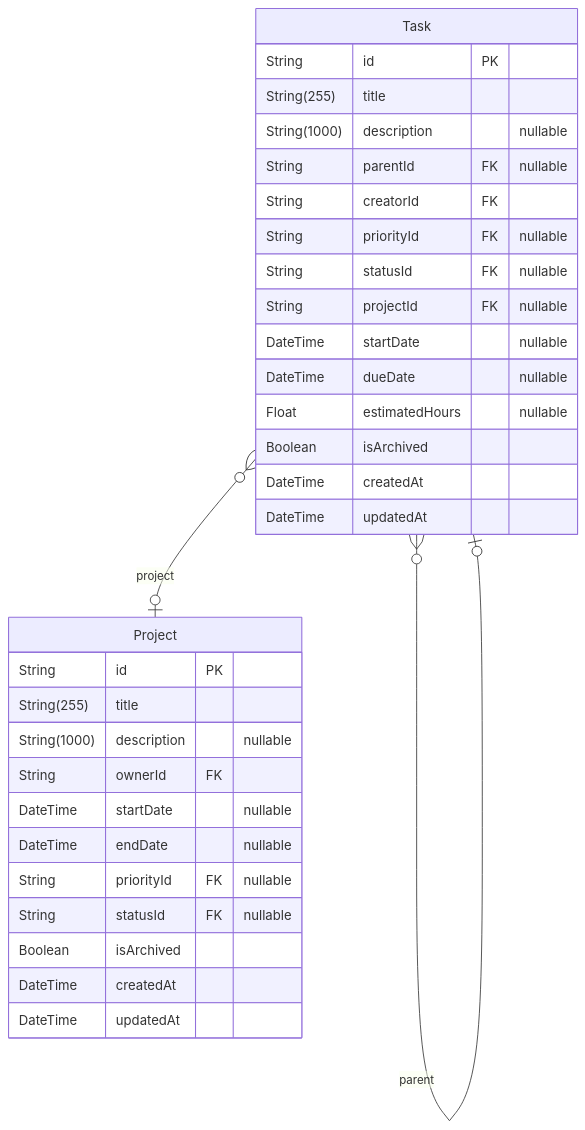
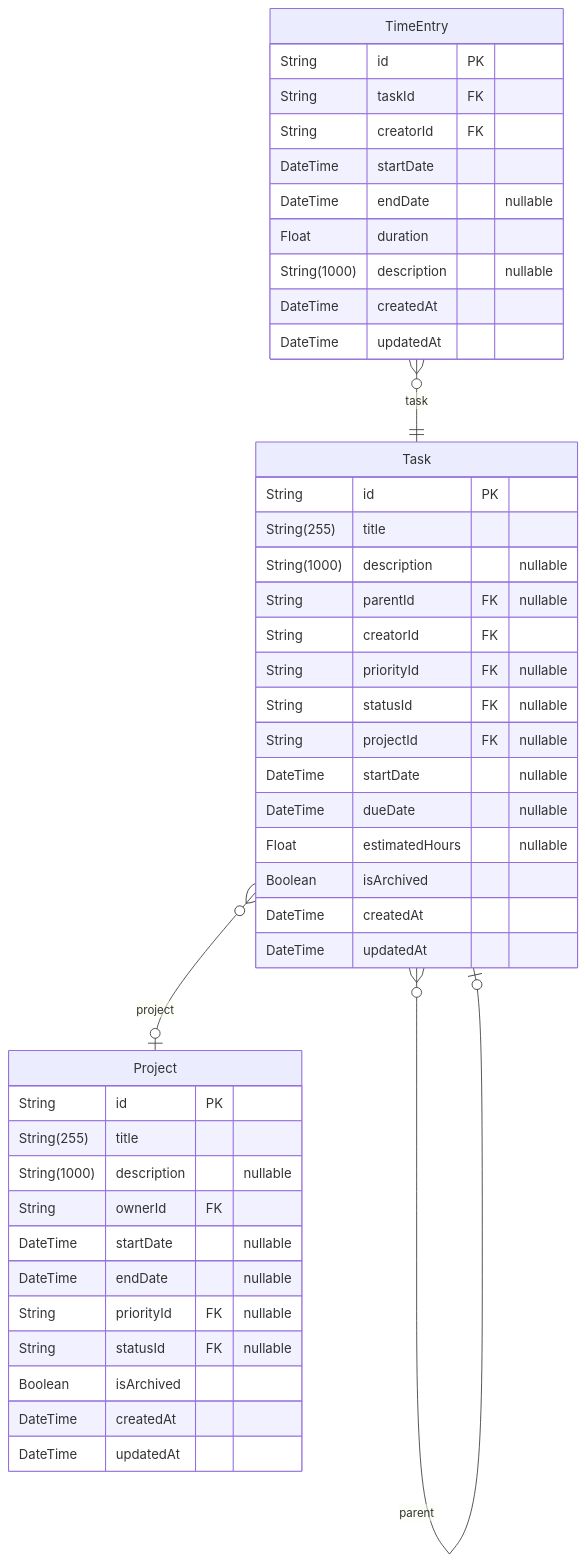
Before and after one commit to MaquestiauxLabs/demo-react-taskmanager: the third of 6 diagrams in docs/database-schema.md, drawn with Mermaid. The commit also changed other lines of this file and 4 other files, not shown here.

````diff
--- a/docs/database-schema.md
+++ b/docs/database-schema.md
@@ -108,34 +108,46 @@
 ```mermaid
 erDiagram
 "Project" {
   String id PK
   String(255) title
   String(1000) description "nullable"
   String ownerId FK
   DateTime startDate "nullable"
   DateTime endDate "nullable"
   String priorityId FK "nullable"
   String statusId FK "nullable"
   Boolean isArchived
   DateTime createdAt
   DateTime updatedAt
 }
 "Task" {
   String id PK
   String(255) title
   String(1000) description "nullable"
   String parentId FK "nullable"
   String creatorId FK
   String priorityId FK "nullable"
   String statusId FK "nullable"
   String projectId FK "nullable"
   DateTime startDate "nullable"
   DateTime dueDate "nullable"
   Float estimatedHours "nullable"
   Boolean isArchived
   DateTime createdAt
   DateTime updatedAt
 }
+"TimeEntry" {
+  String id PK
+  String taskId FK
+  String creatorId FK
+  DateTime startDate
+  DateTime endDate "nullable"
+  Float duration
+  String(1000) description "nullable"
+  DateTime createdAt
+  DateTime updatedAt
+}
 "Task" }o--o| "Task" : parent
 "Task" }o--o| "Project" : project
+"TimeEntry" }o--|| "Task" : task
 ```
````
